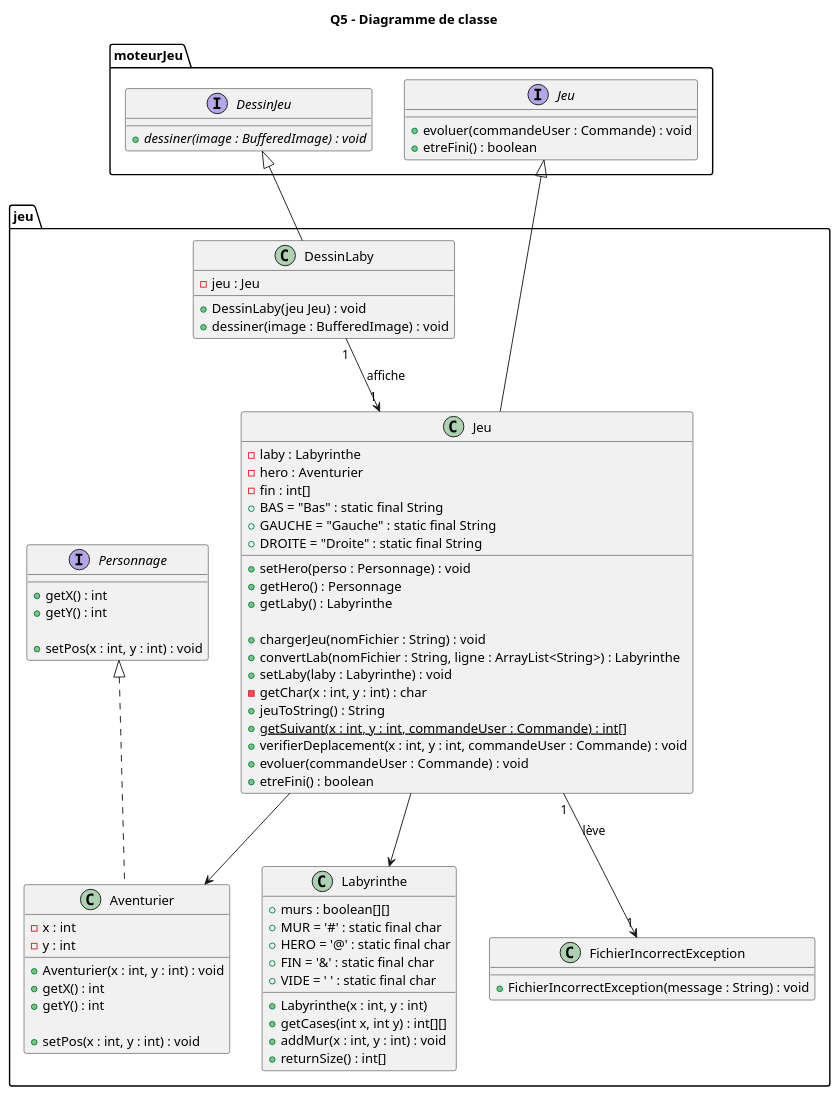
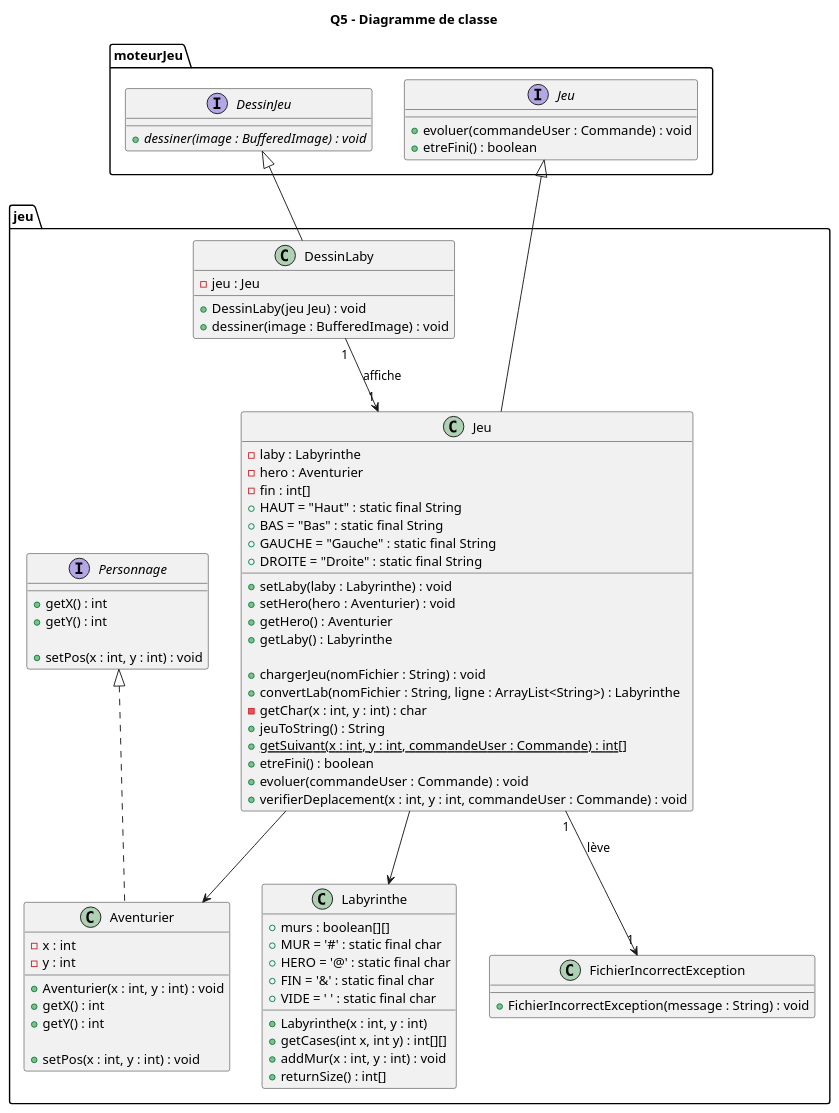
Before and after one commit to lucas-martinati-pro/SAE_S2.01_Zeldiablo-LucasM_JeanLM_PierreGSV: the diagram in projet_zeldiablo/documents/version_2/Q5 - Diagramme de Classe.puml, drawn with PlantUML.

Commit message:
update : correction du diagrame UML

```diff
--- a/projet_zeldiablo/documents/version_2/Q5 - Diagramme de Classe.puml
+++ b/projet_zeldiablo/documents/version_2/Q5 - Diagramme de Classe.puml
@@ -1,79 +1,80 @@
 @startuml
     title Q5 - Diagramme de classe
 
 class jeu.Jeu {
     -laby : Labyrinthe
     -hero : Aventurier
     -fin : int[]
+    +HAUT = "Haut" : static final String
     +BAS = "Bas" : static final String
     +GAUCHE = "Gauche" : static final String
     +DROITE = "Droite" : static final String
 
-    +setHero(perso : Personnage) : void
-    +getHero() : Personnage
+    +setLaby(laby : Labyrinthe) : void
+    +setHero(hero : Aventurier) : void
+    +getHero() : Aventurier
     +getLaby() : Labyrinthe
 
     +chargerJeu(nomFichier : String) : void
     +convertLab(nomFichier : String, ligne : ArrayList<String>) : Labyrinthe
-    +setLaby(laby : Labyrinthe) : void
     -getChar(x : int, y : int) : char
     +jeuToString() : String
     +{static} getSuivant(x : int, y : int, commandeUser : Commande) : int[]
+    +etreFini() : boolean
+    +evoluer(commandeUser : Commande) : void
     +verifierDeplacement(x : int, y : int, commandeUser : Commande) : void
-    +evoluer(commandeUser : Commande) : void
-    +etreFini() : boolean
 }
 interface moteurJeu.Jeu {
     +evoluer(commandeUser : Commande) : void
     +etreFini() : boolean
 }
 class jeu.Labyrinthe {
     +murs : boolean[][]
     +MUR = '#' : static final char
     +HERO = '@' : static final char
     +FIN = '&' : static final char
     +VIDE = ' ' : static final char
 
     +Labyrinthe(x : int, y : int)
     +getCases(int x, int y) : int[][]
     +addMur(x : int, y : int) : void
     +returnSize() : int[]
 }
 interface jeu.Personnage {
     +getX() : int
     +getY() : int
 
     +setPos(x : int, y : int) : void
 }
 class jeu.Aventurier {
     -x : int
     -y : int
 
     +Aventurier(x : int, y : int) : void
     +getX() : int
     +getY() : int
 
     +setPos(x : int, y : int) : void
 }
 class jeu.FichierIncorrectException {
     +FichierIncorrectException(message : String) : void
 }
 interface moteurJeu.DessinJeu {
     +{abstract} dessiner(image : BufferedImage) : void
 }
 class jeu.DessinLaby {
     -jeu : Jeu
 
     +DessinLaby(jeu Jeu) : void
     +dessiner(image : BufferedImage) : void
 }
 
 DessinJeu <|-- DessinLaby
 DessinLaby "1" --> "1" jeu.Jeu : affiche
 
 jeu.Jeu --> Labyrinthe
 moteurJeu.Jeu <|-- jeu.Jeu
 jeu.Jeu --> Aventurier
 Personnage <|.. Aventurier
 jeu.Jeu "1" --> "1" FichierIncorrectException : lève
 @enduml
```
